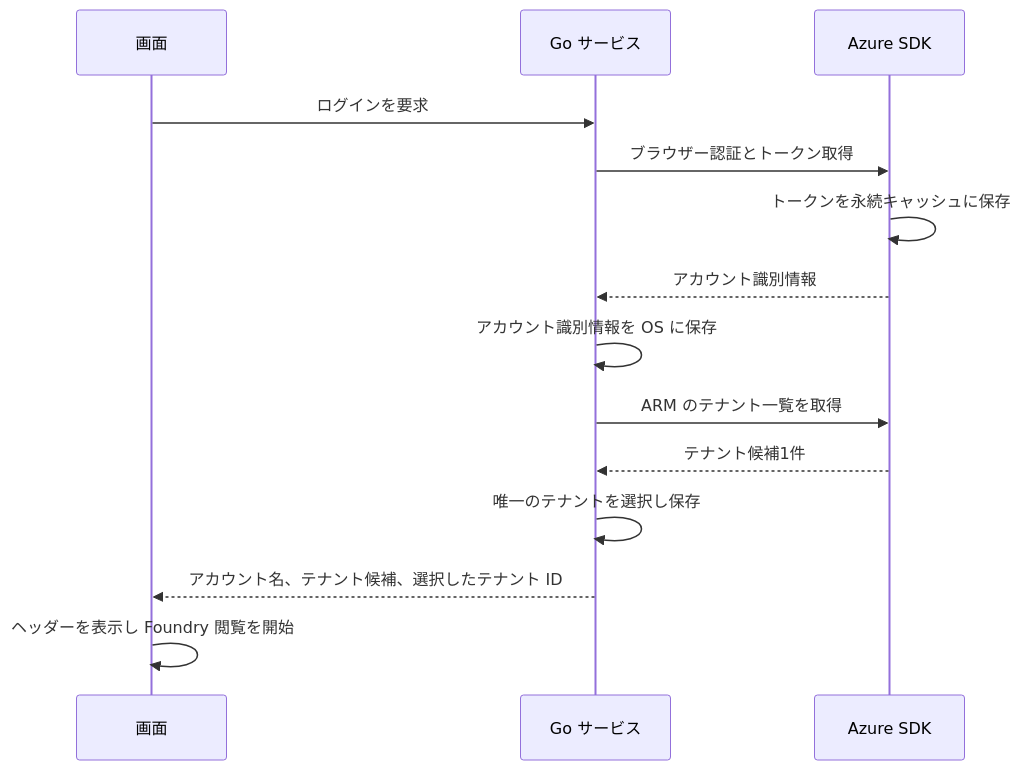
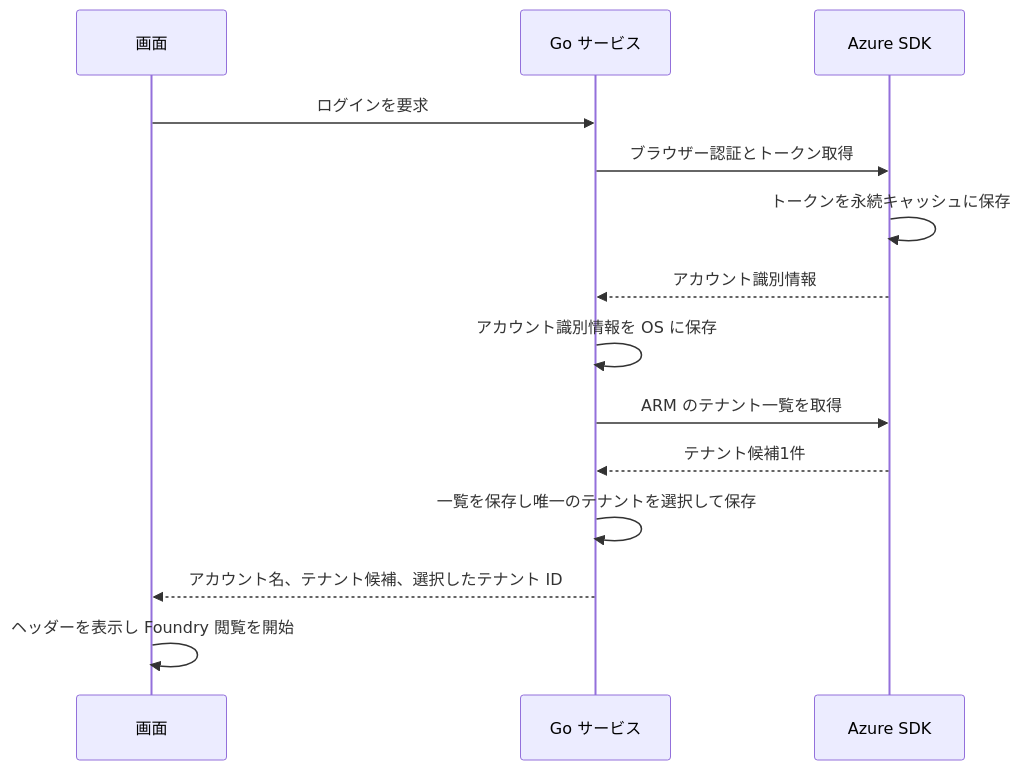
The first of 3 diagrams in docs/design/UCP-1.md (nuitsjp/azfoundry-deck), drawn with Mermaid before and after one commit. The commit also changed other lines of this file and 22 other files, not shown here.

````diff
--- a/docs/design/UCP-1.md
+++ b/docs/design/UCP-1.md
@@ -22,16 +23,16 @@
 ```mermaid
 sequenceDiagram
   participant U as 画面
   participant S as Go サービス
   participant K as Azure SDK
   U->>S: ログインを要求
   S->>K: ブラウザー認証とトークン取得
   K->>K: トークンを永続キャッシュに保存
   K-->>S: アカウント識別情報
   S->>S: アカウント識別情報を OS に保存
   S->>K: ARM のテナント一覧を取得
   K-->>S: テナント候補1件
-  S->>S: 唯一のテナントを選択し保存
+  S->>S: 一覧を保存し唯一のテナントを選択して保存
   S-->>U: アカウント名、テナント候補、選択したテナント ID
   U->>U: ヘッダーを表示し Foundry 閲覧を開始
 ```
````
